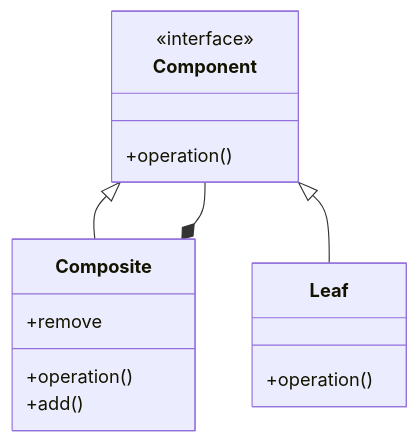
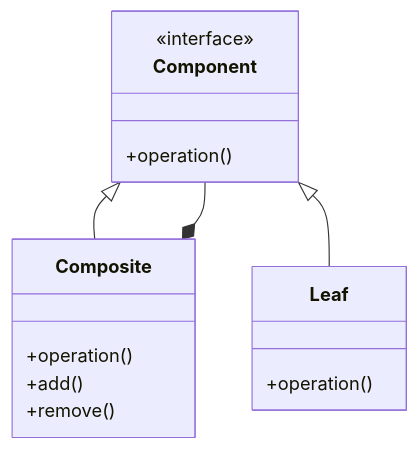
One commit to AhmedGharib0014/design_pattern_practice changed the diagram in design_pattern_practice/src/structural/composite/readme.md. Above: the diagram before and after it, drawn with Mermaid. The commit also changed 4 other files, not shown here.

````diff
--- a/design_pattern_practice/src/structural/composite/readme.md
+++ b/design_pattern_practice/src/structural/composite/readme.md
@@ -16,22 +16,22 @@
 ```mermaid
  classDiagram
     Component <|-- Composite
     Component  <|--Leaf
     Composite *-- Component
   
     class Component {
         <<interface>>
         +operation()
     }
     
     class Composite {
          +operation()
          +add()
-         +remove
+         +remove()
     }
     
     class Leaf {
          +operation()
     }
     
 ```
````
